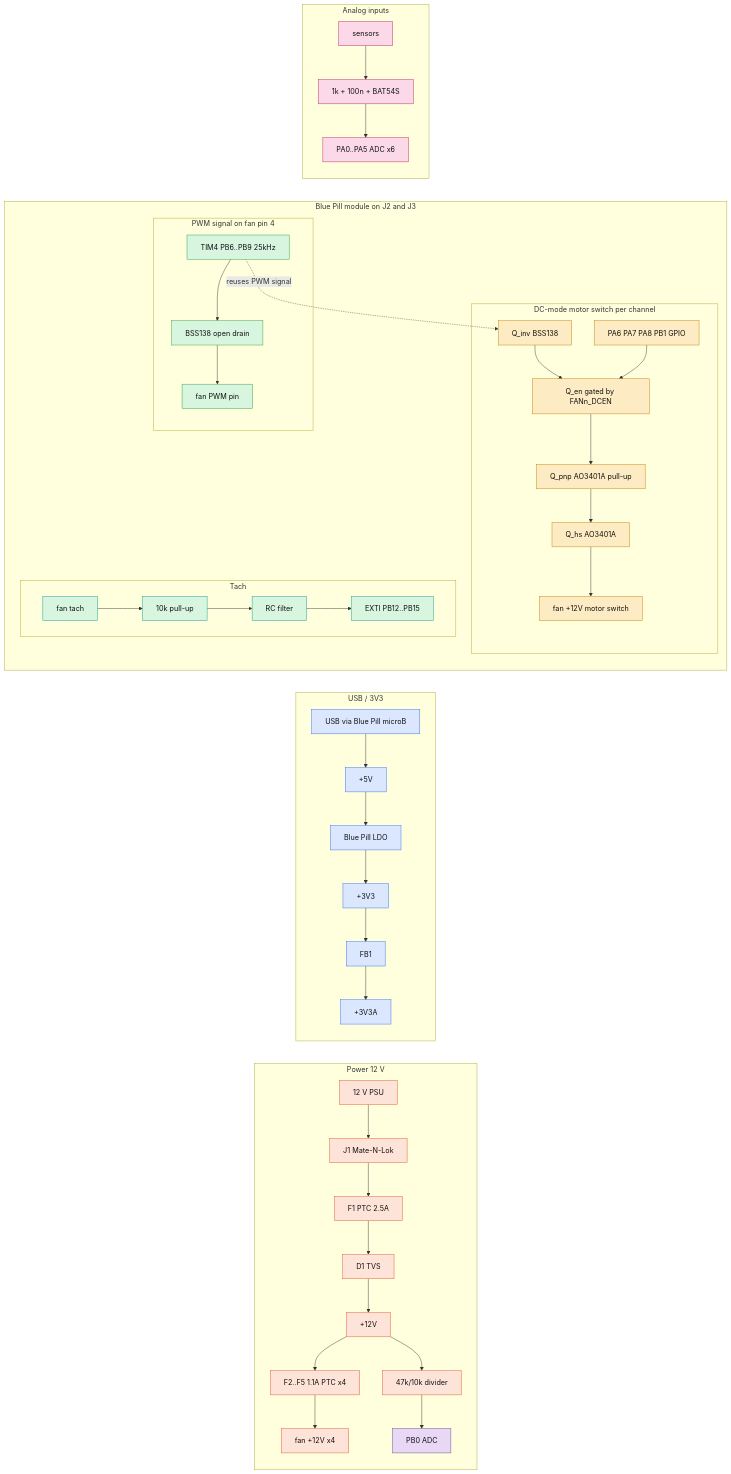
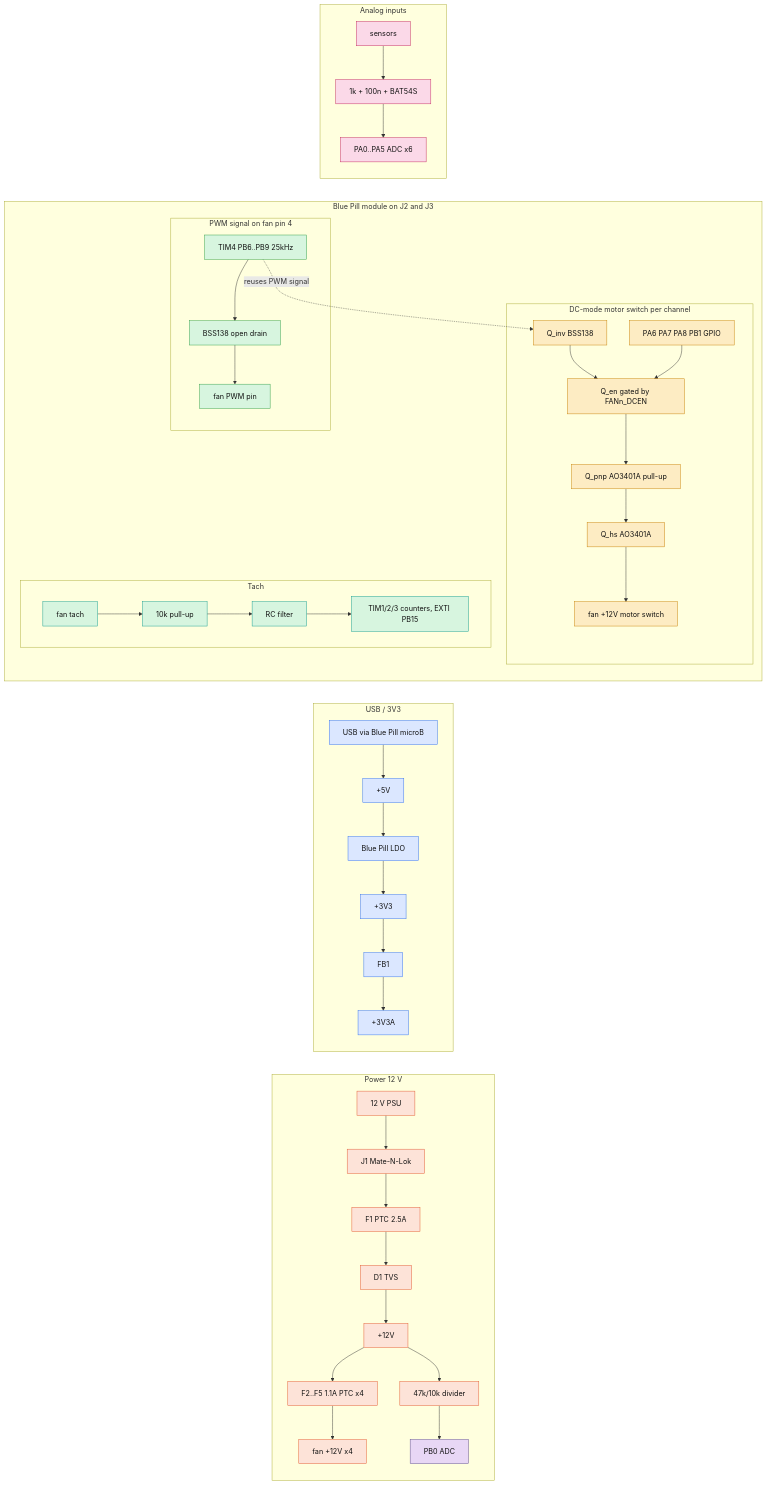
Before and after one commit to rmskkn/fanny: the diagram in README.md, drawn with Mermaid. The commit also changed other lines of this file, not shown here.

First line of the commit message:
docs: describe timer tach counting and low-duty limits

````diff
--- a/README.md
+++ b/README.md
@@ -65,46 +66,46 @@
 ```mermaid
 flowchart LR
     classDef power fill:#fde3d8,stroke:#e2572b,color:#111
     classDef usb fill:#dbe7ff,stroke:#2f6fed,color:#111
     classDef mcu fill:#e8d7f5,stroke:#5b4b8a,color:#111
     classDef pwm fill:#d7f5df,stroke:#2f9e44,color:#111
     classDef dcmode fill:#fdecc3,stroke:#c77f00,color:#111
     classDef tach fill:#d7f5df,stroke:#0f9b8e,color:#111
     classDef analog fill:#fbd9e8,stroke:#c2255c,color:#111
 
     subgraph PWR["Power 12 V"]
         PSU["12 V PSU"] --> J1["J1 Mate-N-Lok"] --> F1["F1 PTC 2.5A"] --> D1["D1 TVS"] --> V12["+12V"]
         V12 --> F25["F2..F5 1.1A PTC x4"] --> FANV["fan +12V x4"]
         V12 --> DIV["47k/10k divider"] --> PB0["PB0 ADC"]
     end
 
     subgraph USB3V3["USB / 3V3"]
         USB["USB via Blue Pill microB"] --> P5V["+5V"] --> LDO["Blue Pill LDO"] --> V33["+3V3"] --> FB1["FB1"] --> V33A["+3V3A"]
     end
 
     subgraph MCU["Blue Pill module on J2 and J3"]
         subgraph PWMSIG["PWM signal on fan pin 4"]
             TIM4["TIM4 PB6..PB9 25kHz"] --> BSS["BSS138 open drain"] --> FPWM["fan PWM pin"]
         end
         subgraph DCMODE["DC-mode motor switch per channel"]
             QINV["Q_inv BSS138"] --> QEN["Q_en gated by FANn_DCEN"] --> QPNP["Q_pnp AO3401A pull-up"] --> QHS["Q_hs AO3401A"] --> FSW["fan +12V motor switch"]
             GPIO["PA6 PA7 PA8 PB1 GPIO"] --> QEN
         end
         TIM4 -. reuses PWM signal .-> QINV
         subgraph TACHLANE["Tach"]
-            FT["fan tach"] --> PU["10k pull-up"] --> RC["RC filter"] --> EXTI["EXTI PB12..PB15"]
+            FT["fan tach"] --> PU["10k pull-up"] --> RC["RC filter"] --> EXTI["TIM1/2/3 counters, EXTI PB15"]
         end
     end
 
     subgraph ANALOG["Analog inputs"]
         SENS["sensors"] --> RCB["1k + 100n + BAT54S"] --> ADC["PA0..PA5 ADC x6"]
     end
 
     class PSU,J1,F1,D1,V12,F25,FANV,DIV power
     class PB0 mcu
     class USB,P5V,LDO,V33,FB1,V33A usb
     class TIM4,BSS,FPWM pwm
     class QINV,QEN,QPNP,QHS,FSW,GPIO dcmode
     class FT,PU,RC,EXTI tach
     class SENS,RCB,ADC analog
 ```
````
